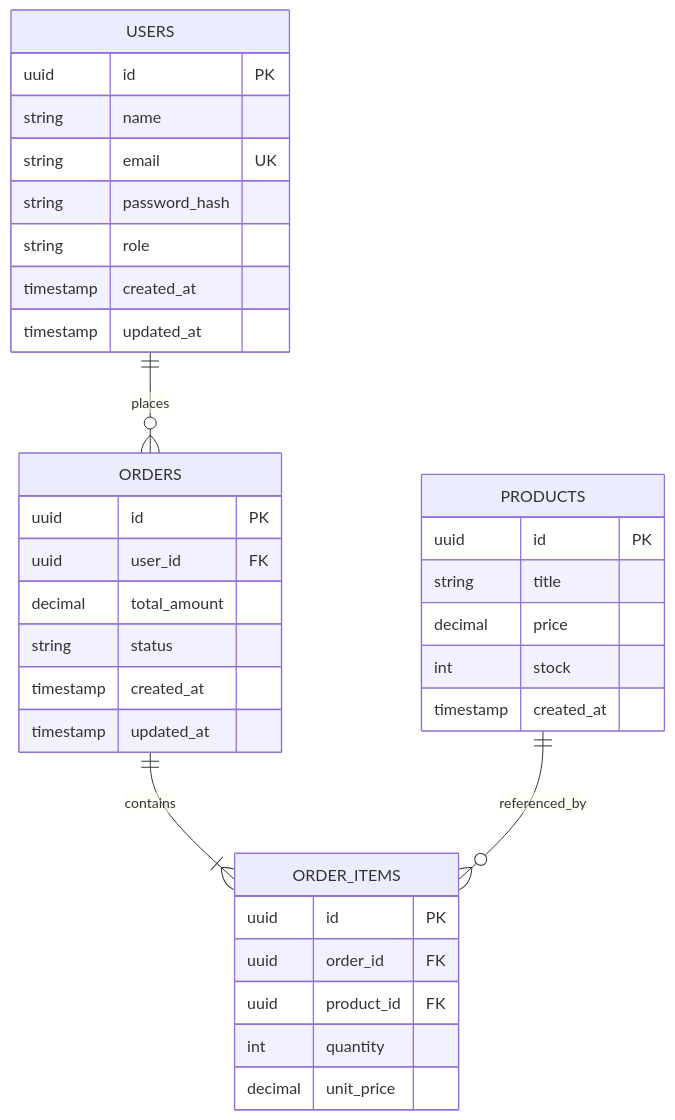
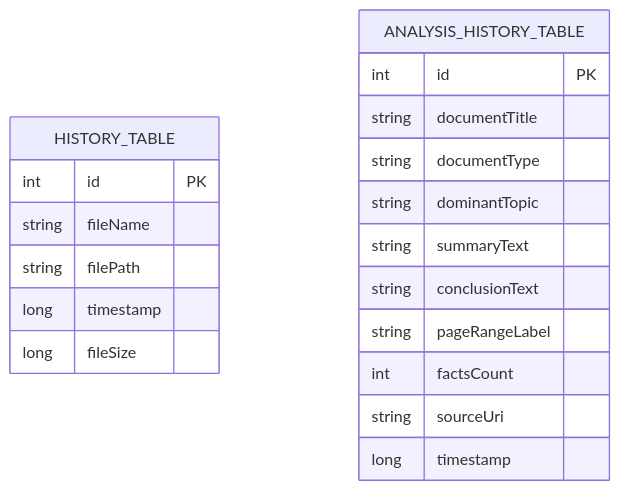
Before and after one commit to useripx/velapdfv1: the diagram in aturan/Docs/Database_Design.md, drawn with Mermaid. The commit also changed other lines of this file and 47 other files, not shown here.

````diff
--- a/aturan/Docs/Database_Design.md
+++ b/aturan/Docs/Database_Design.md
@@ -15,41 +14,23 @@
 ```mermaid
 erDiagram
-    USERS ||--o{ ORDERS : places
-    ORDERS ||--|{ ORDER_ITEMS : contains
-    PRODUCTS ||--o{ ORDER_ITEMS : referenced_by
-
-    USERS {
-        uuid id PK
-        string name
-        string email UK
-        string password_hash
-        string role
-        timestamp created_at
-        timestamp updated_at
+    HISTORY_TABLE {
+        int id PK
+        string fileName
+        string filePath
+        long timestamp
+        long fileSize
     }
 
-    ORDERS {
-        uuid id PK
-        uuid user_id FK
-        decimal total_amount
-        string status
-        timestamp created_at
-        timestamp updated_at
-    }
-
-    ORDER_ITEMS {
-        uuid id PK
-        uuid order_id FK
-        uuid product_id FK
-        int quantity
-        decimal unit_price
-    }
-
-    PRODUCTS {
-        uuid id PK
-        string title
-        decimal price
-        int stock
-        timestamp created_at
+    ANALYSIS_HISTORY_TABLE {
+        int id PK
+        string documentTitle
+        string documentType
+        string dominantTopic
+        string summaryText
+        string conclusionText
+        string pageRangeLabel
+        int factsCount
+        string sourceUri
+        long timestamp
     }
 ```
````
